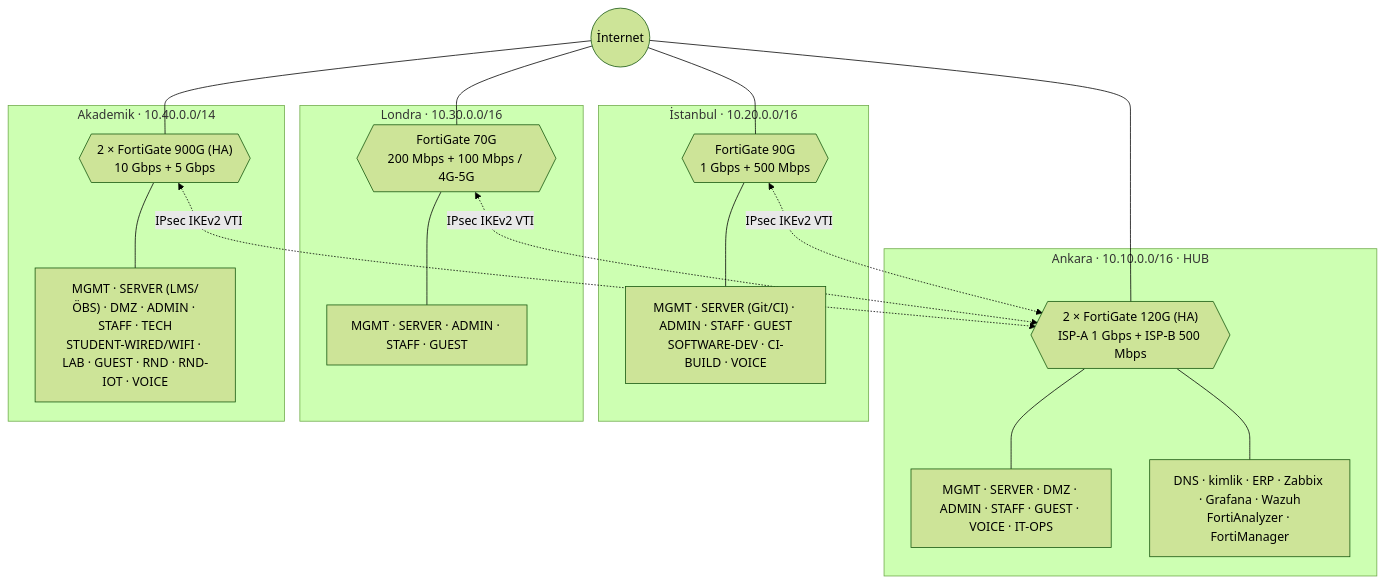
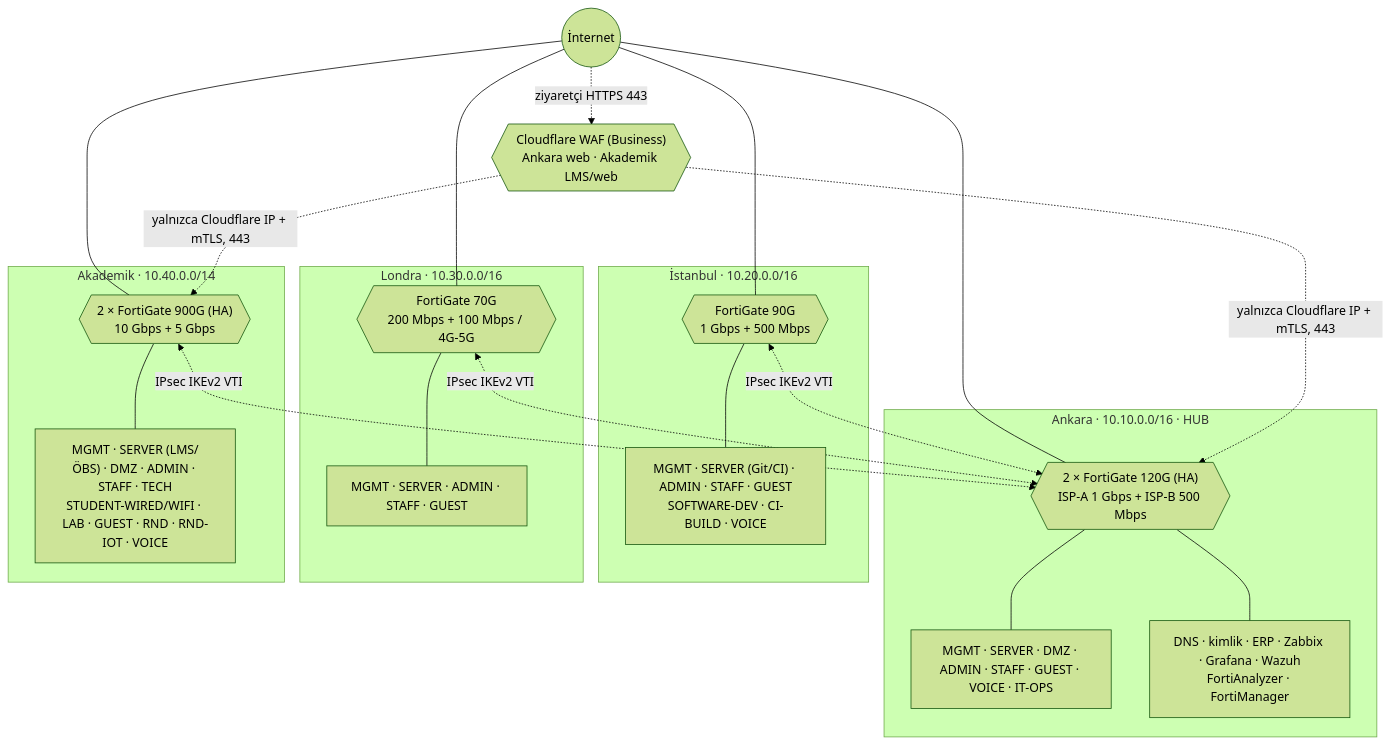
Before and after one commit to Berrkle/os-lab: the diagram in firewall-lab/companies/k1-fw-cok-lokasyonlu-ag/README.md, drawn with Mermaid (forest theme). The commit also changed other lines of this file and 4 other files, not shown here.

````diff
--- a/firewall-lab/companies/k1-fw-cok-lokasyonlu-ag/README.md
+++ b/firewall-lab/companies/k1-fw-cok-lokasyonlu-ag/README.md
@@ -163,30 +163,33 @@
 ```mermaid
 flowchart TB
     NET(("İnternet"))
     subgraph ANK["Ankara · 10.10.0.0/16 · HUB"]
         A_FW{{"2 × FortiGate 120G (HA)<br/>ISP-A 1 Gbps + ISP-B 500 Mbps"}}
         A_V["MGMT · SERVER · DMZ · ADMIN · STAFF · GUEST · VOICE · IT-OPS"]
         A_SRV["DNS · kimlik · ERP · Zabbix · Grafana · Wazuh<br/>FortiAnalyzer · FortiManager"]
         A_FW --- A_V
         A_FW --- A_SRV
     end
     subgraph IST["İstanbul · 10.20.0.0/16"]
         I_FW{{"FortiGate 90G<br/>1 Gbps + 500 Mbps"}}
         I_V["MGMT · SERVER (Git/CI) · ADMIN · STAFF · GUEST<br/>SOFTWARE-DEV · CI-BUILD · VOICE"]
         I_FW --- I_V
     end
     subgraph LON["Londra · 10.30.0.0/16"]
         L_FW{{"FortiGate 70G<br/>200 Mbps + 100 Mbps / 4G-5G"}}
         L_V["MGMT · SERVER · ADMIN · STAFF · GUEST"]
         L_FW --- L_V
     end
     subgraph ACA["Akademik · 10.40.0.0/14"]
         C_FW{{"2 × FortiGate 900G (HA)<br/>10 Gbps + 5 Gbps"}}
         C_V["MGMT · SERVER (LMS/ÖBS) · DMZ · ADMIN · STAFF · TECH<br/>STUDENT-WIRED/WIFI · LAB · GUEST · RND · RND-IOT · VOICE"]
         C_FW --- C_V
     end
     NET --- A_FW & I_FW & L_FW & C_FW
+    CF{{"Cloudflare WAF (Business)<br/>Ankara web · Akademik LMS/web"}}
+    NET -. "ziyaretçi HTTPS 443" .-> CF
+    CF -. "yalnızca Cloudflare IP + mTLS, 443" .-> A_FW & C_FW
     I_FW <-. "IPsec IKEv2 VTI" .-> A_FW
     L_FW <-. "IPsec IKEv2 VTI" .-> A_FW
     C_FW <-. "IPsec IKEv2 VTI" .-> A_FW
 ```
````
